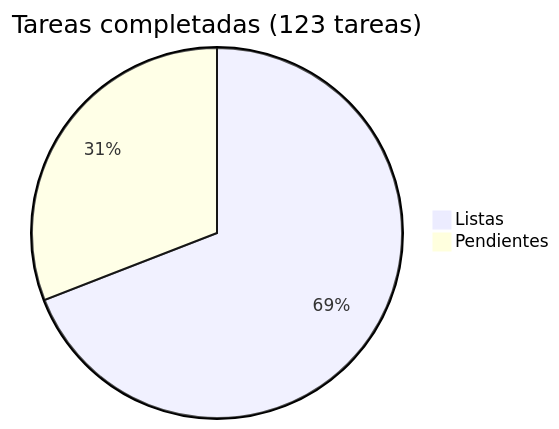
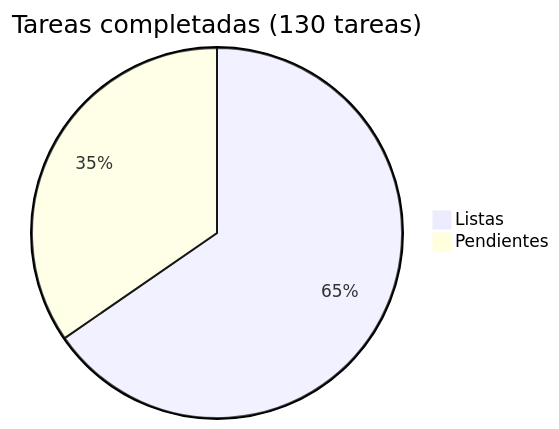
The diagram in docs/roadmap/README.md (araguaney-lat/araguaney), drawn with Mermaid before and after one commit. The commit also changed other lines of this file and 2 other files, not shown here.

Commit message:
docs: expand roles matrix — invitation flow, reinvite, coordinator user mgmt, password change

````diff
--- a/docs/roadmap/README.md
+++ b/docs/roadmap/README.md
@@ -5,5 +5,5 @@
 ```mermaid
-pie title Tareas completadas (123 tareas)
+pie title Tareas completadas (130 tareas)
     "Listas" : 85
-    "Pendientes" : 38
+    "Pendientes" : 45
 ```
````
